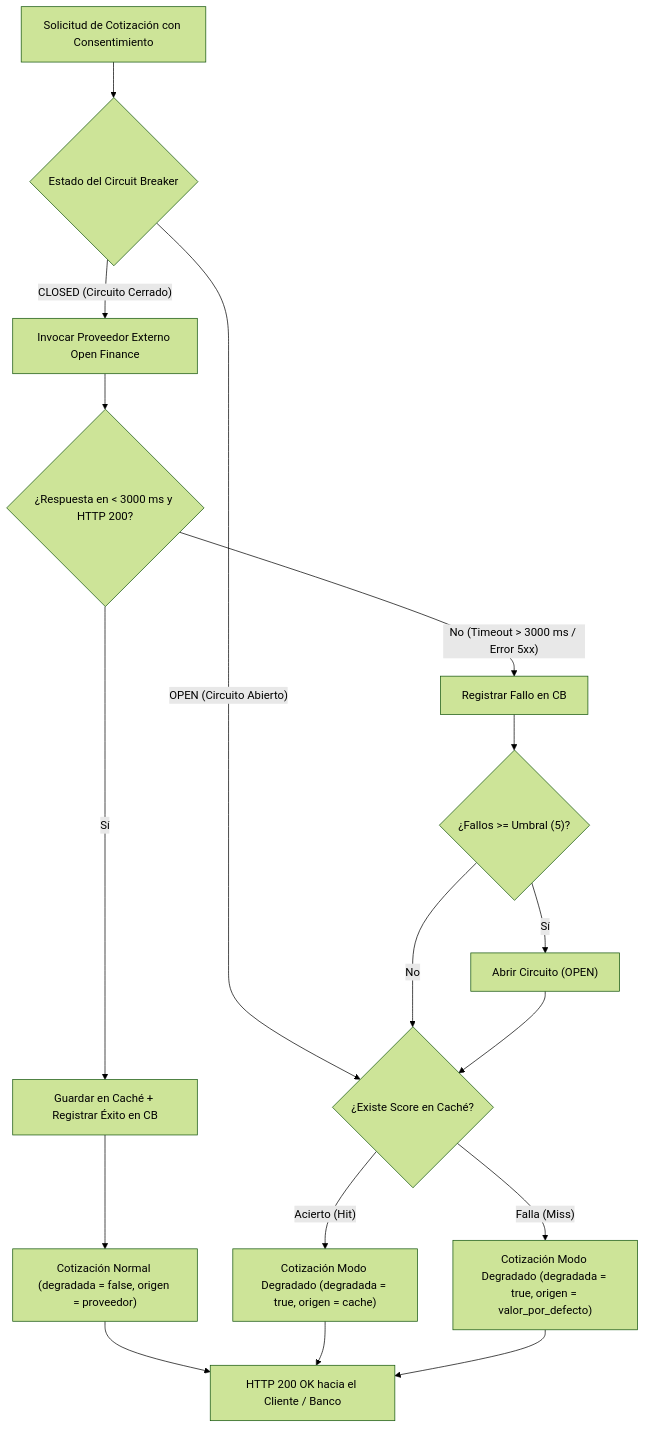
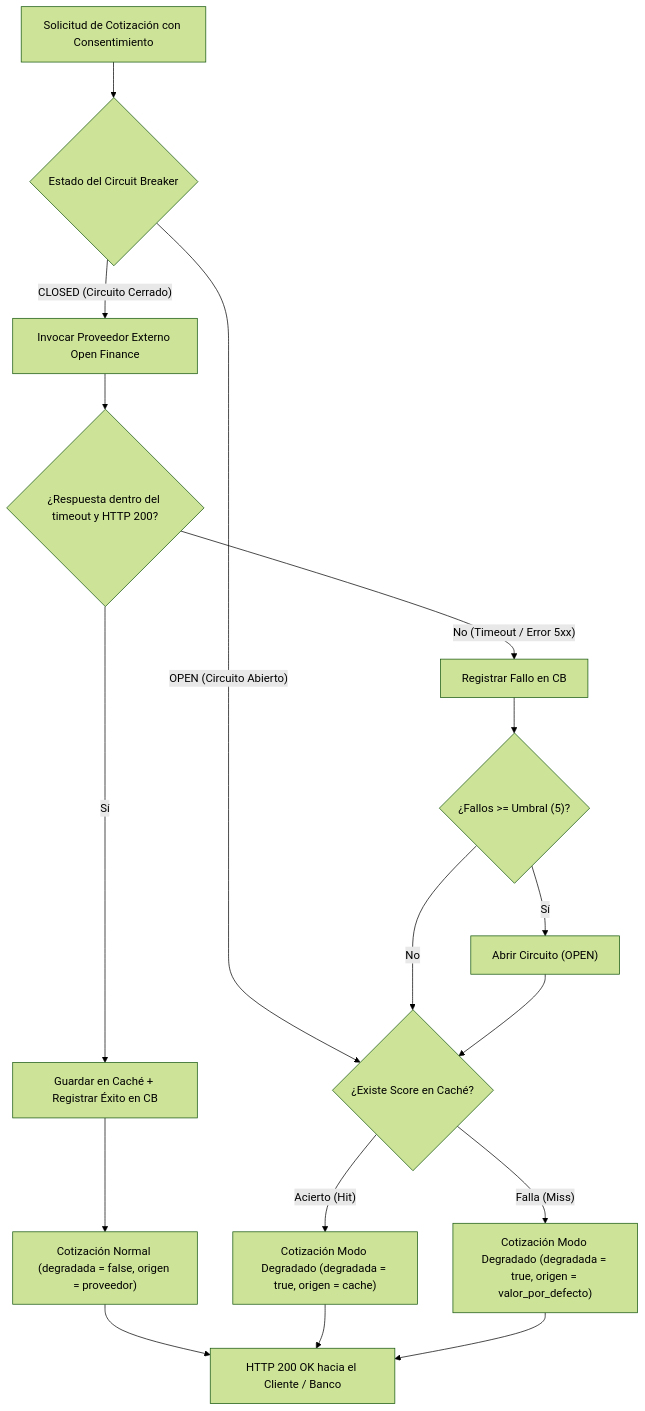
One commit to MISOG6ProyectoFinal/solventa changed the diagram in docs/ASR-10.md. Above: the diagram before and after it, drawn with Mermaid (forest theme). The commit also changed other lines of this file and 1 other file, not shown here.

Commit message:
docs: ASR-02 y ASR-10 con el presupuesto, la caché y los timeouts que tiene hoy el código (#113)

````diff
--- a/docs/ASR-10.md
+++ b/docs/ASR-10.md
@@ -35,25 +35,25 @@
 ```mermaid
 flowchart TD
     Req["Solicitud de Cotización con Consentimiento"] --> CB{"Estado del Circuit Breaker"}
     
     CB -- "OPEN (Circuito Abierto)" --> CacheCheck{"¿Existe Score en Caché?"}
     CB -- "CLOSED (Circuito Cerrado)" --> CallExt["Invocar Proveedor Externo Open Finance"]
     
-    CallExt --> EvalCall{"¿Respuesta en < 3000 ms y HTTP 200?"}
+    CallExt --> EvalCall{"¿Respuesta dentro del timeout y HTTP 200?"}
     
     EvalCall -- Sí --> SaveCache["Guardar en Caché + Registrar Éxito en CB"]
     SaveCache --> QuoteFresh["Cotización Normal (degradada = false, origen = proveedor)"]
     
-    EvalCall -- "No (Timeout > 3000 ms / Error 5xx)" --> RecordFail["Registrar Fallo en CB"]
+    EvalCall -- "No (Timeout / Error 5xx)" --> RecordFail["Registrar Fallo en CB"]
     RecordFail --> TripCheck{"¿Fallos >= Umbral (5)?"}
     TripCheck -- Sí --> TripCB["Abrir Circuito (OPEN)"]
     TripCheck -- No --> CacheCheck
     TripCB --> CacheCheck
     
     CacheCheck -- "Acierto (Hit)" --> QuoteCache["Cotización Modo Degradado (degradada = true, origen = cache)"]
     CacheCheck -- "Falla (Miss)" --> QuoteDef["Cotización Modo Degradado (degradada = true, origen = valor_por_defecto)"]
     
     QuoteFresh --> ResHTTP["HTTP 200 OK hacia el Cliente / Banco"]
     QuoteCache --> ResHTTP
     QuoteDef --> ResHTTP
 ```
````
